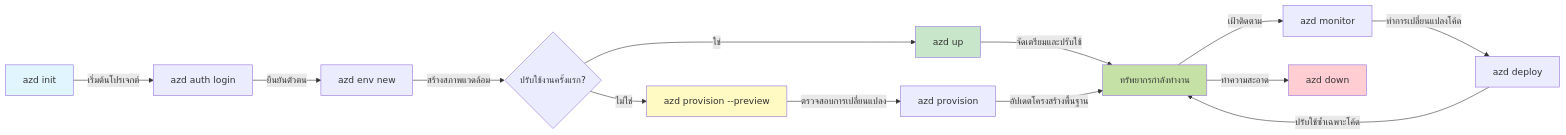
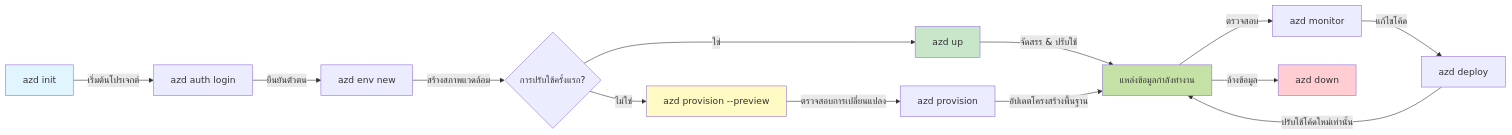
One commit to microsoft/AZD-for-beginners changed the first of 2 diagrams in translations/th/docs/chapter-01-foundation/azd-basics.md. Above: the diagram before and after it, drawn with Mermaid. The commit also changed other lines of this file and 101 other files, not shown here.

````diff
--- a/translations/th/docs/chapter-01-foundation/azd-basics.md
+++ b/translations/th/docs/chapter-01-foundation/azd-basics.md
@@ -254,21 +269,21 @@
 ```mermaid
 graph LR
     A[azd init] -->|เริ่มต้นโปรเจกต์| B[azd auth login]
     B -->|ยืนยันตัวตน| C[azd env new]
-    C -->|สร้างสภาพแวดล้อม| D{ปรับใช้งานครั้งแรก?}
+    C -->|สร้างสภาพแวดล้อม| D{การปรับใช้ครั้งแรก?}
     D -->|ใช่| E[azd up]
     D -->|ไม่ใช่| F[azd provision --preview]
     F -->|ตรวจสอบการเปลี่ยนแปลง| G[azd provision]
-    E -->|จัดเตรียมและปรับใช้| H[ทรัพยากรกำลังทำงาน]
+    E -->|จัดสรร & ปรับใช้| H[แหล่งข้อมูลกำลังทำงาน]
     G -->|อัปเดตโครงสร้างพื้นฐาน| H
-    H -->|เฝ้าติดตาม| I[azd monitor]
-    I -->|ทำการเปลี่ยนแปลงโค้ด| J[azd deploy]
-    J -->|ปรับใช้ซ้ำเฉพาะโค้ด| H
-    H -->|ทำความสะอาด| K[azd down]
+    H -->|ตรวจสอบ| I[azd monitor]
+    I -->|แก้ไขโค้ด| J[azd deploy]
+    J -->|ปรับใช้โค้ดใหม่เท่านั้น| H
+    H -->|ล้างข้อมูล| K[azd down]
     
     style A fill:#e1f5fe
     style E fill:#c8e6c9
     style F fill:#fff9c4
     style H fill:#c5e1a5
     style K fill:#ffcdd2
 ```
````
